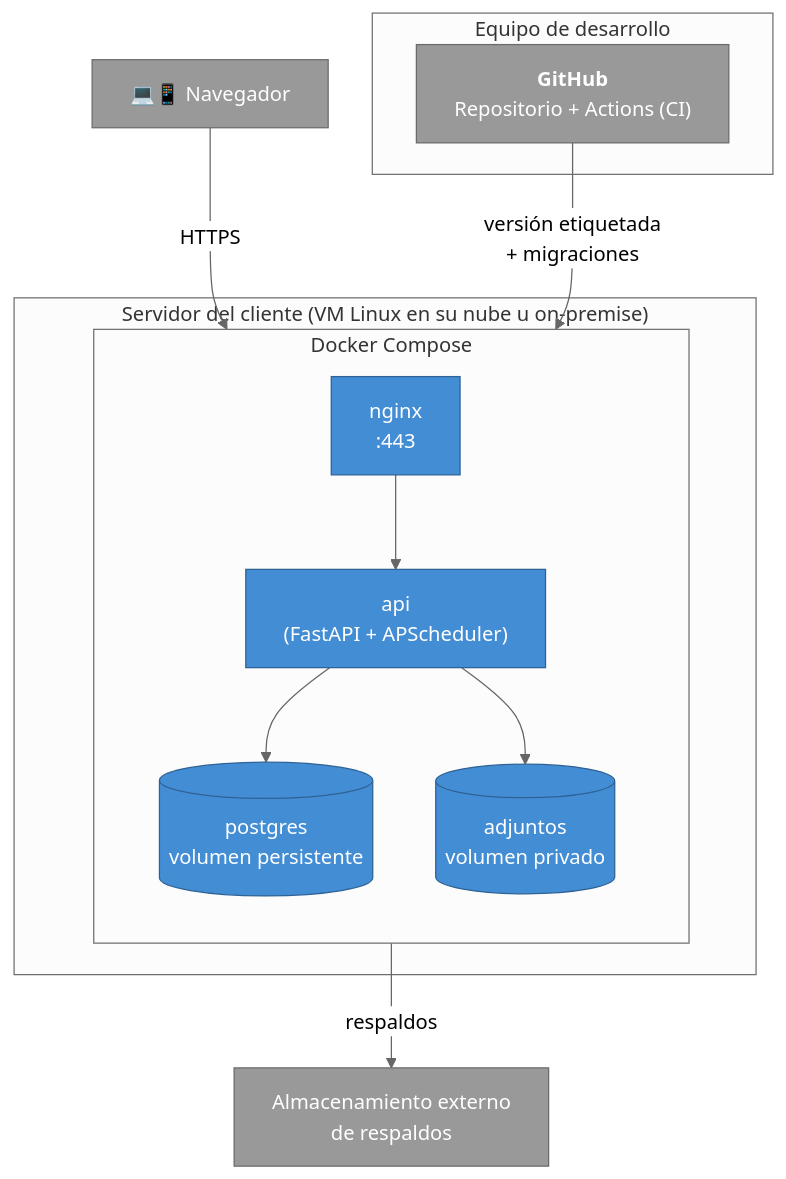
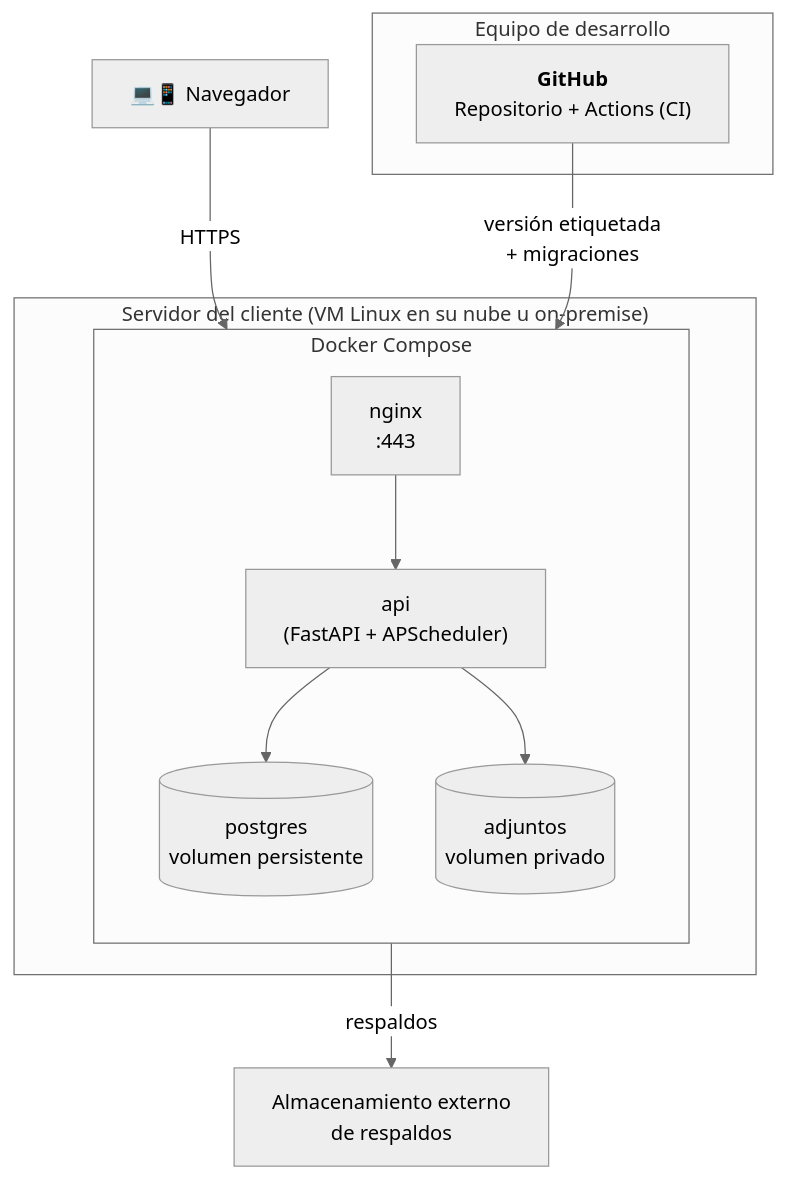
Before and after one commit to FabianReyna17/ProjectManagement: the sixth of 6 diagrams in docs/Arquitectura_Gestion_Proyectos.md, drawn with Mermaid (neutral theme). The commit also changed other lines of this file, not shown here.

````diff
--- a/docs/Arquitectura_Gestion_Proyectos.md
+++ b/docs/Arquitectura_Gestion_Proyectos.md
@@ -262,31 +235,26 @@
 ```mermaid
 flowchart TB
     subgraph DEV["Equipo de desarrollo"]
         gh["<b>GitHub</b><br/>Repositorio + Actions (CI)"]
     end
 
     subgraph CLIENTE["Servidor del cliente (VM Linux en su nube u on-premise)"]
         subgraph DOCKER["Docker Compose"]
             direction TB
             nginx["nginx<br/>:443"]
             apiN["api<br/>(FastAPI + APScheduler)"]
             pg[("postgres<br/>volumen persistente")]
             vol[("adjuntos<br/>volumen privado")]
         end
     end
 
     navegador["💻📱 Navegador"]
     offsite["Almacenamiento externo<br/>de respaldos"]
 
     gh -- "versión etiquetada<br/>+ migraciones" --> DOCKER
     navegador -- "HTTPS" --> nginx
     nginx --> apiN
     apiN --> pg
     apiN --> vol
     apiN -- "respaldos" --> offsite
-
-    classDef cont fill:#438dd5,stroke:#2e6295,color:#fff
-    classDef externo fill:#999999,stroke:#6b6b6b,color:#fff
-    class nginx,apiN,pg,vol cont
-    class gh,offsite,navegador externo
 ```
````
